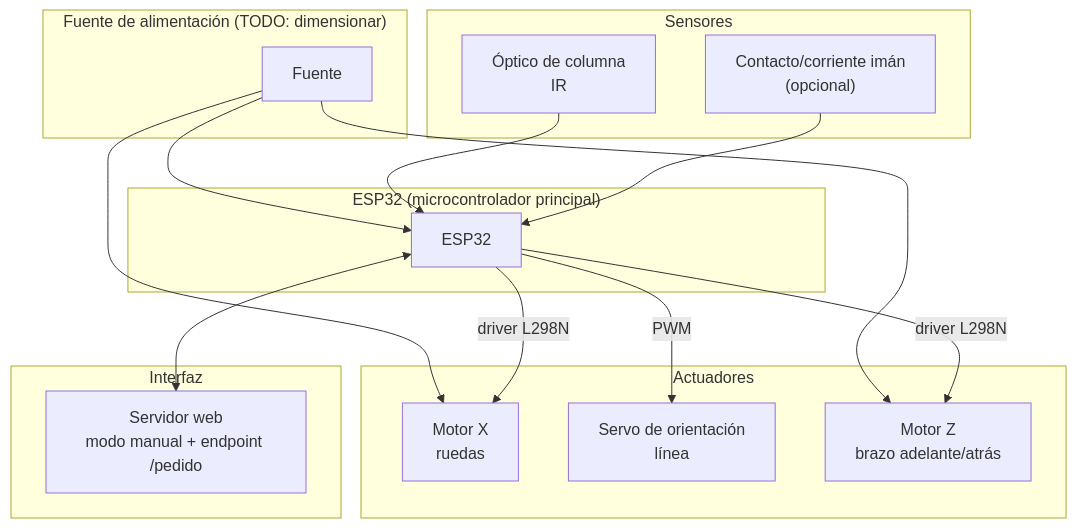
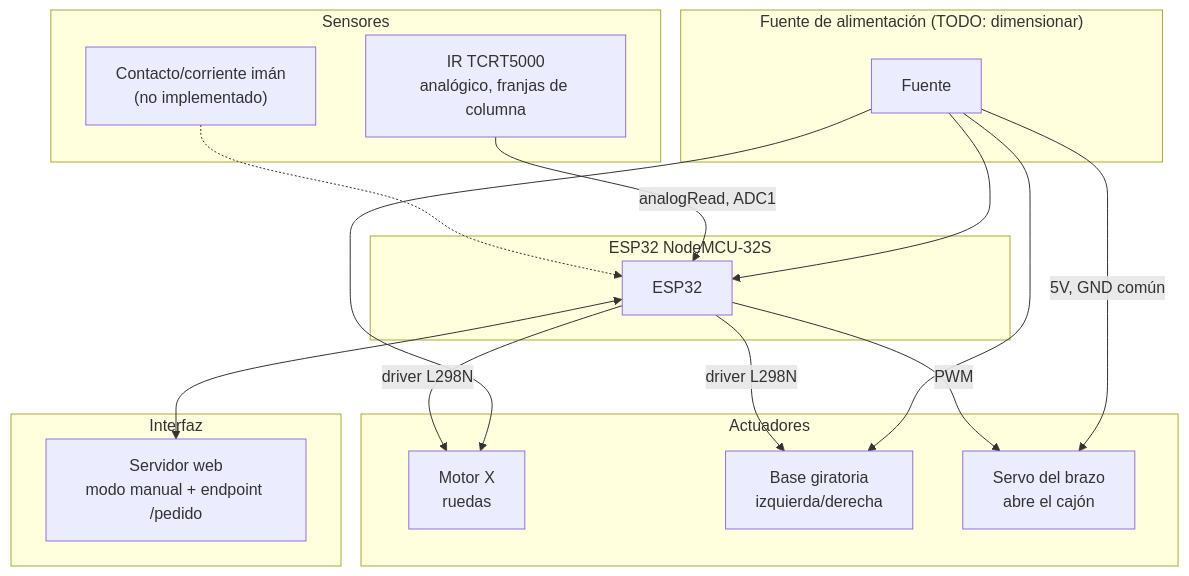
The diagram in docs/diagrama-bloques.md (delfisalinasmich/sistema-apertura-cajones), drawn with Mermaid before and after one commit. The commit also changed other lines of this file and 50 other files, not shown here.

````diff
--- a/docs/diagrama-bloques.md
+++ b/docs/diagrama-bloques.md
@@ -3,36 +3,37 @@
 ```mermaid
 flowchart TB
     subgraph Alimentacion["Fuente de alimentación (TODO: dimensionar)"]
         FA[Fuente]
     end
 
-    subgraph Control["ESP32 (microcontrolador principal)"]
+    subgraph Control["ESP32 NodeMCU-32S"]
         MCU[ESP32]
     end
 
     subgraph Actuadores
         MX[Motor X<br/>ruedas]
-        SV[Servo de orientación<br/>línea]
-        MZ[Motor Z<br/>brazo adelante/atrás]
+        BASE[Base giratoria<br/>izquierda/derecha]
+        SV[Servo del brazo<br/>abre el cajón]
     end
 
     subgraph Sensores
-        SC[Óptico de columna<br/>IR]
-        SM["Contacto/corriente imán<br/>(opcional)"]
+        SC[IR TCRT5000<br/>analógico, franjas de columna]
+        SM["Contacto/corriente imán<br/>(no implementado)"]
     end
 
     subgraph Interfaz
         WEB[Servidor web<br/>modo manual + endpoint /pedido]
     end
 
     FA --> MCU
     FA --> MX
-    FA --> MZ
+    FA --> BASE
+    FA -->|"5V, GND común"| SV
 
     MCU -->|"driver L298N"| MX
+    MCU -->|"driver L298N"| BASE
     MCU -->|"PWM"| SV
-    MCU -->|"driver L298N"| MZ
-    SC --> MCU
-    SM --> MCU
+    SC -->|"analogRead, ADC1"| MCU
+    SM -.-> MCU
     MCU <--> WEB
 ```
````
